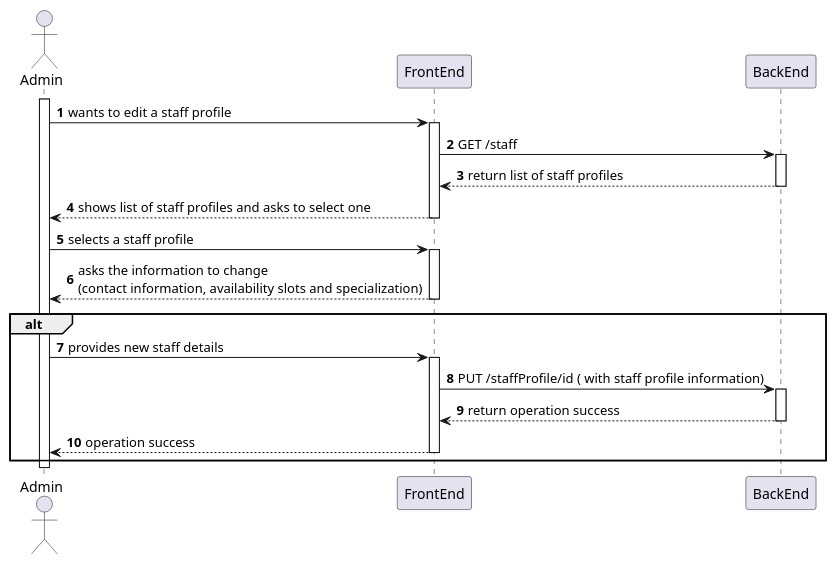
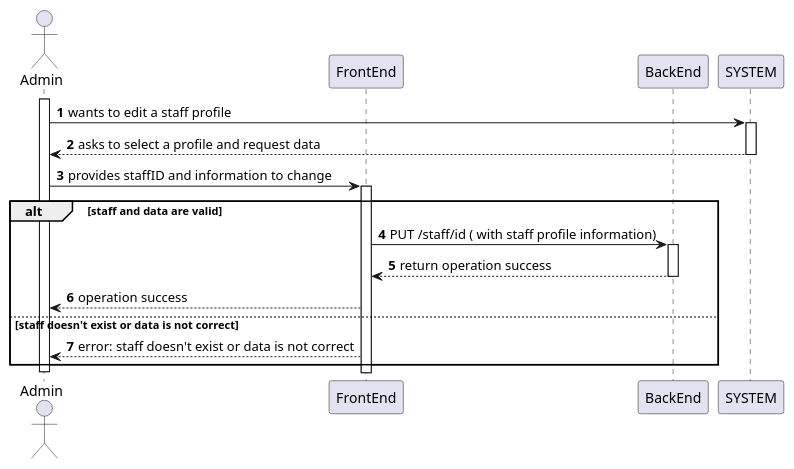
Before and after one commit to MiguelCardoso77/SurgicalSync-BackEnd: the diagram in Wiki/SprintA/diagrams/use-cases/19-edit-staff's-profile/level2/process-view.puml, drawn with PlantUML. The commit also changed 9 other files, not shown here.

```diff
--- a/Wiki/SprintA/diagrams/use-cases/19-edit-staff's-profile/level2/process-view.puml
+++ b/Wiki/SprintA/diagrams/use-cases/19-edit-staff's-profile/level2/process-view.puml
@@ -1,44 +1,38 @@
 @startuml
 autonumber
 
 actor "Admin" as USER
 
 participant "FrontEnd" as FE
 participant "BackEnd" as BE
 
 activate USER
-
-    USER -> FE : wants to edit a staff profile 
+    
+    
+     USER -> SYSTEM: wants to edit a staff profile
+  
+        activate SYSTEM
+    
+            SYSTEM --> USER : asks to select a profile and request data
+        deactivate SYSTEM
+    USER -> FE : provides staffID and information to change
     activate FE
     
-    FE -> BE : GET /staff
-    activate BE
-    
-    BE --> FE : return list of staff profiles 
-    deactivate BE
-    
-    FE --> USER : shows list of staff profiles and asks to select one
-    deactivate FE
+    alt staff and data are valid
 
-    USER -> FE : selects a staff profile 
-    activate FE
-    
-    FE --> USER : asks the information to change  \n(contact information, availability slots and specialization)
-    deactivate FE
-    
-    alt   
-    USER -> FE : provides new staff details
-    activate FE
-    
-    FE -> BE : PUT /staffProfile/id ( with staff profile information)
+    FE -> BE : PUT /staff/id ( with staff profile information)
     activate BE
     
     BE --> FE : return operation success
     deactivate BE
     
     FE --> USER: operation success
-    deactivate FE
+    
+    else staff doesn't exist or data is not correct
+    
+    FE --> USER: error: staff doesn't exist or data is not correct
+    
     end 
 deactivate USER
 
 @enduml
```
